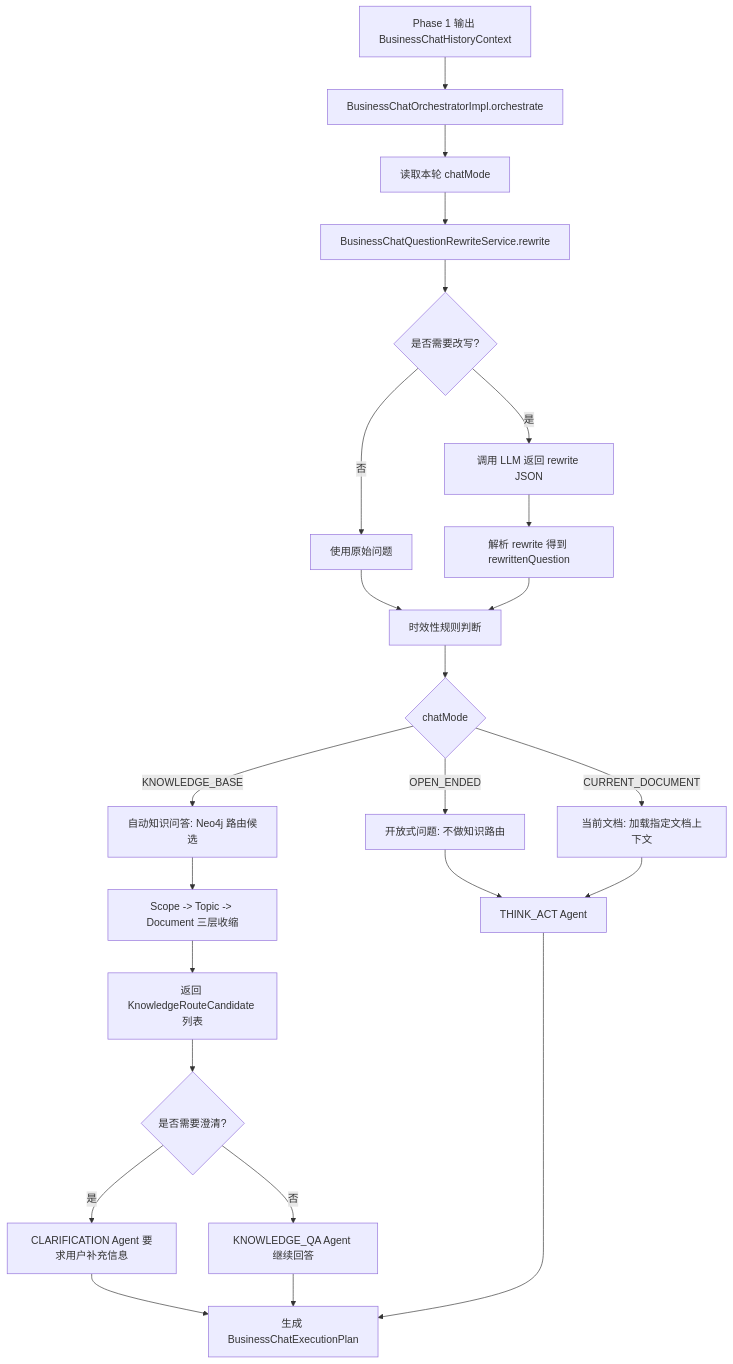
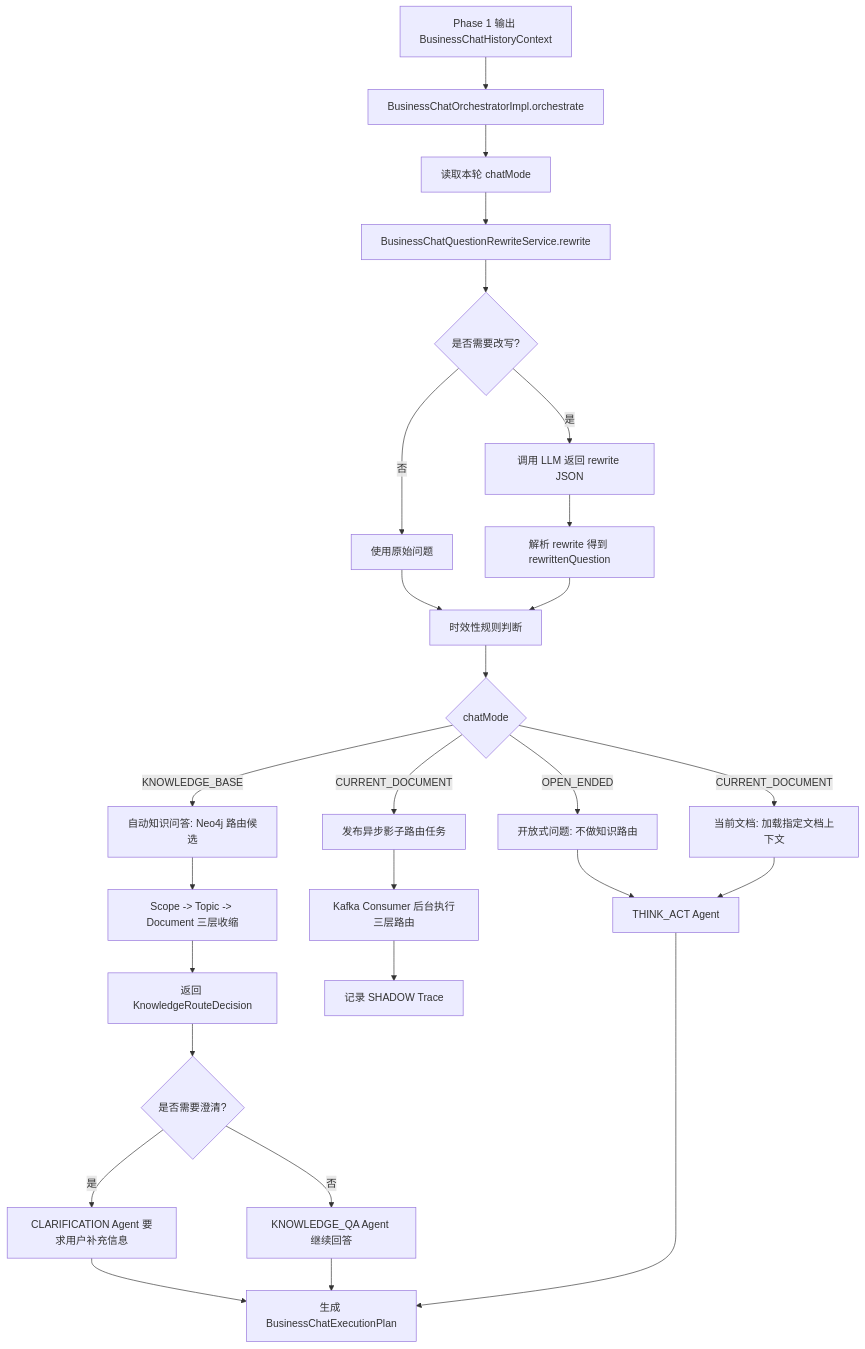
Before and after one commit to sciuridae799/LabMind: the first of 6 diagrams in docs/chat-rag-phase2.md, drawn with Mermaid. The commit also changed other lines of this file and 339 other files, not shown here.

````diff
--- a/docs/chat-rag-phase2.md
+++ b/docs/chat-rag-phase2.md
@@ -9,29 +9,33 @@
 ```mermaid
 flowchart TD
     A[Phase 1 输出 BusinessChatHistoryContext] --> B[BusinessChatOrchestratorImpl.orchestrate]
     B --> C[读取本轮 chatMode]
     C --> D[BusinessChatQuestionRewriteService.rewrite]
     D --> E{是否需要改写?}
     E -- 否 --> F[使用原始问题]
     E -- 是 --> G[调用 LLM 返回 rewrite JSON]
     G --> H[解析 rewrite 得到 rewrittenQuestion]
     F --> I[时效性规则判断]
     H --> I
 
     I --> J{chatMode}
     J -- OPEN_ENDED --> K[开放式问题: 不做知识路由]
     J -- CURRENT_DOCUMENT --> L[当前文档: 加载指定文档上下文]
+    J -- CURRENT_DOCUMENT --> U[发布异步影子路由任务]
     J -- KNOWLEDGE_BASE --> M[自动知识问答: Neo4j 路由候选]
 
     M --> N[Scope -> Topic -> Document 三层收缩]
-    N --> O[返回 KnowledgeRouteCandidate 列表]
+    N --> O[返回 KnowledgeRouteDecision]
     O --> P{是否需要澄清?}
     P -- 是 --> Q[CLARIFICATION Agent 要求用户补充信息]
     P -- 否 --> R[KNOWLEDGE_QA Agent 继续回答]
+
+    U --> V[Kafka Consumer 后台执行三层路由]
+    V --> W[记录 SHADOW Trace]
 
     K --> S[THINK_ACT Agent]
     L --> S
     Q --> T[生成 BusinessChatExecutionPlan]
     R --> T
     S --> T
 ```
````
